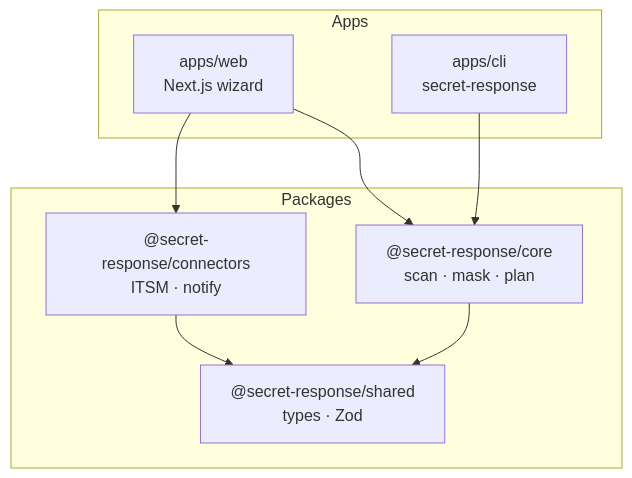
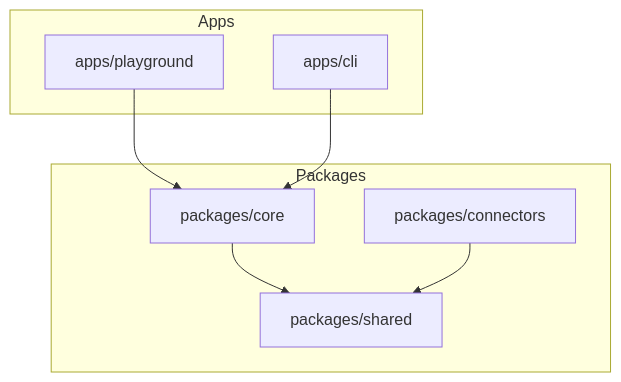
The first of 3 diagrams in docs/ARCHITECTURE.md (amulyavarshney/Secret-Exposure-Response-Assistant), drawn with Mermaid before and after one commit. The commit also changed other lines of this file and 81 other files, not shown here.

````diff
--- a/docs/ARCHITECTURE.md
+++ b/docs/ARCHITECTURE.md
@@ -36,19 +23,18 @@
 ```mermaid
 flowchart TB
   subgraph apps [Apps]
-    Web["apps/web<br/>Next.js wizard"]
-    CLI["apps/cli<br/>secret-response"]
+    Play[apps/playground]
+    CLI[apps/cli]
   end
 
   subgraph packages [Packages]
-    Core["@secret-response/core<br/>scan · mask · plan"]
-    Shared["@secret-response/shared<br/>types · Zod"]
-    Conn["@secret-response/connectors<br/>ITSM · notify"]
+    Core[packages/core]
+    Shared[packages/shared]
+    Conn[packages/connectors]
   end
 
-  Web --> Core
+  Play --> Core
   CLI --> Core
-  Web --> Conn
   Core --> Shared
   Conn --> Shared
 ```
````
